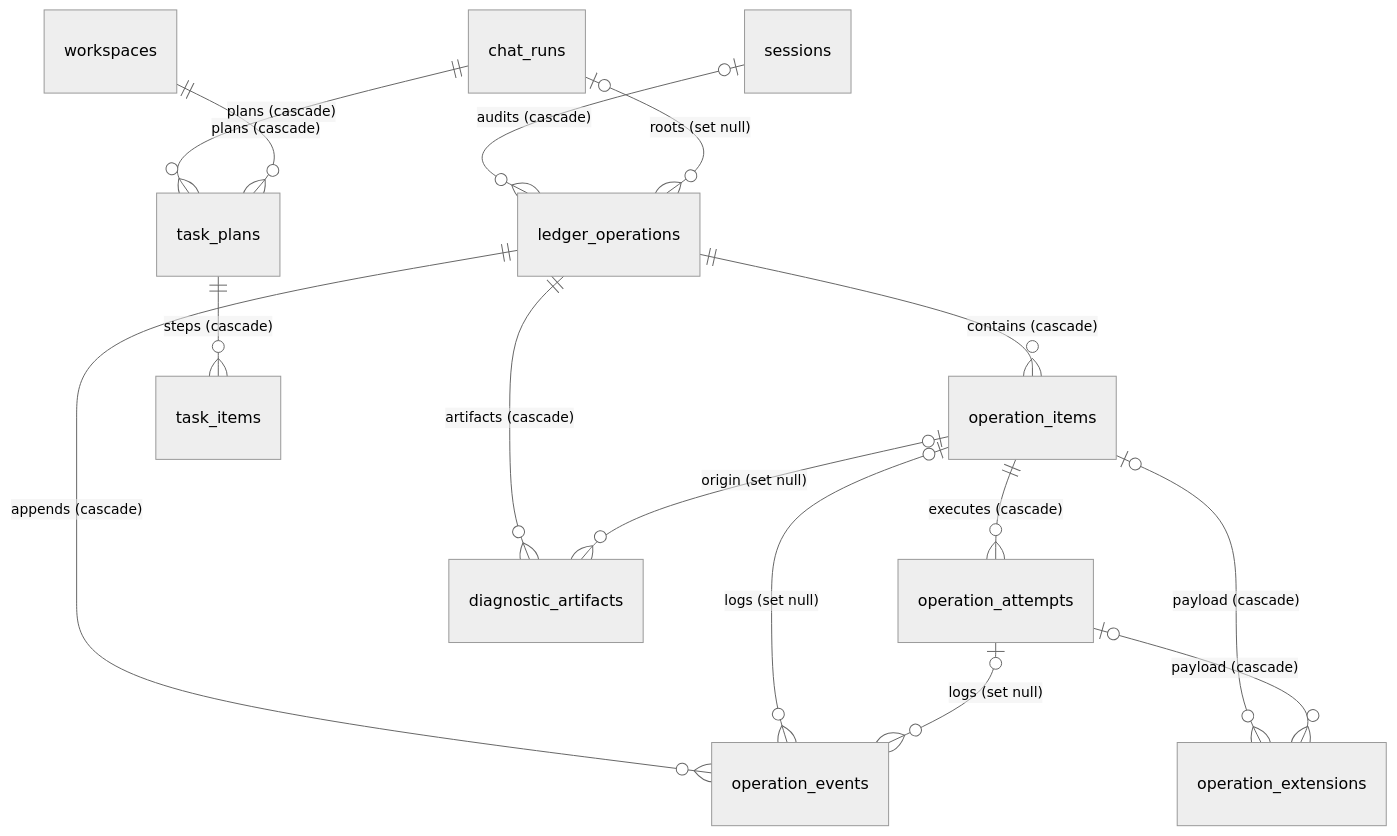
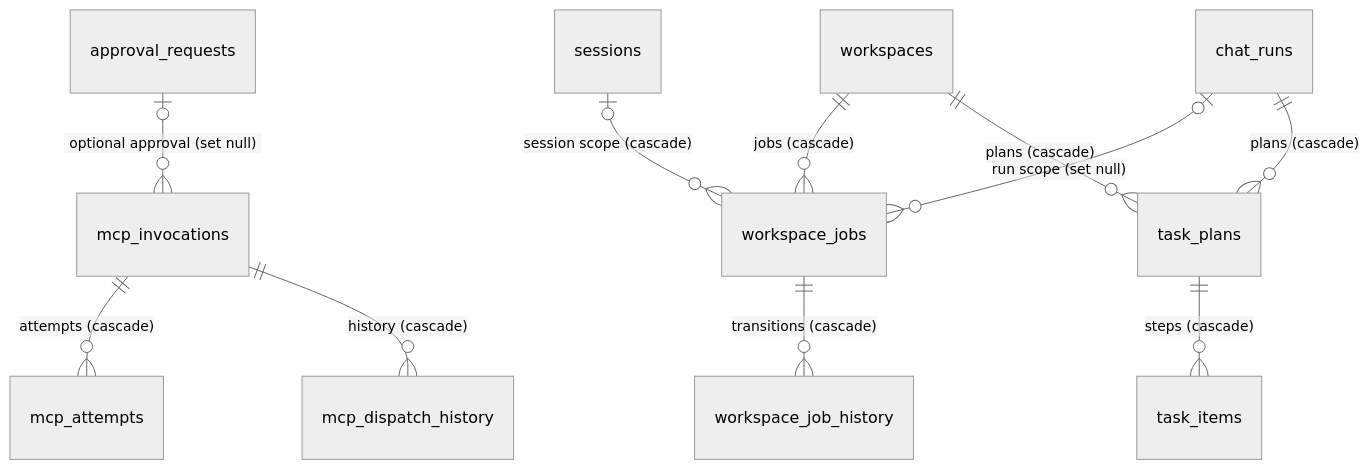
The seventh of 7 diagrams in docs/i18n/zh-Hans/DEV-019-database-schema.md (cc01cc/xihe-project), drawn with Mermaid before and after one commit. The commit also changed other lines of this file and 166 other files, not shown here.

First line of the commit message:
refactor(xh): retire operation ledger

````diff
--- a/docs/i18n/zh-Hans/DEV-019-database-schema.md
+++ b/docs/i18n/zh-Hans/DEV-019-database-schema.md
@@ -161,18 +164,14 @@
 ```mermaid
 %%{init: {'theme': 'neutral'}}%%
 erDiagram
-    sessions |o--o{ ledger_operations : "audits (cascade)"
-    chat_runs |o--o{ ledger_operations : "roots (set null)"
-    ledger_operations ||--o{ operation_items : "contains (cascade)"
-    operation_items ||--o{ operation_attempts : "executes (cascade)"
-    ledger_operations ||--o{ operation_events : "appends (cascade)"
-    operation_items |o--o{ operation_events : "logs (set null)"
-    operation_attempts |o--o{ operation_events : "logs (set null)"
-    operation_items |o--o{ operation_extensions : "payload (cascade)"
-    operation_attempts |o--o{ operation_extensions : "payload (cascade)"
-    ledger_operations ||--o{ diagnostic_artifacts : "artifacts (cascade)"
-    operation_items |o--o{ diagnostic_artifacts : "origin (set null)"
+    mcp_invocations ||--o{ mcp_attempts : "attempts (cascade)"
+    mcp_invocations ||--o{ mcp_dispatch_history : "history (cascade)"
+    approval_requests |o--o{ mcp_invocations : "optional approval (set null)"
+    workspaces ||--o{ workspace_jobs : "jobs (cascade)"
+    sessions |o--o{ workspace_jobs : "session scope (cascade)"
+    chat_runs |o--o{ workspace_jobs : "run scope (set null)"
+    workspace_jobs ||--o{ workspace_job_history : "transitions (cascade)"
     chat_runs ||--o{ task_plans : "plans (cascade)"
     workspaces ||--o{ task_plans : "plans (cascade)"
     task_plans ||--o{ task_items : "steps (cascade)"
 ```
````
